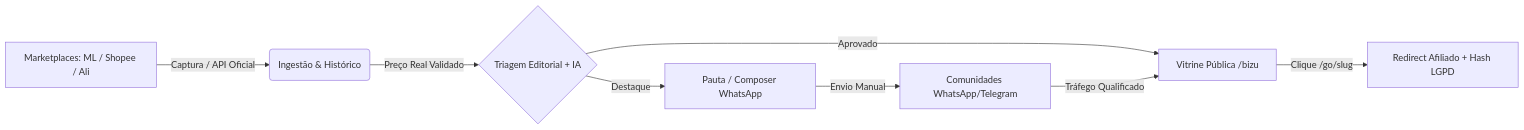
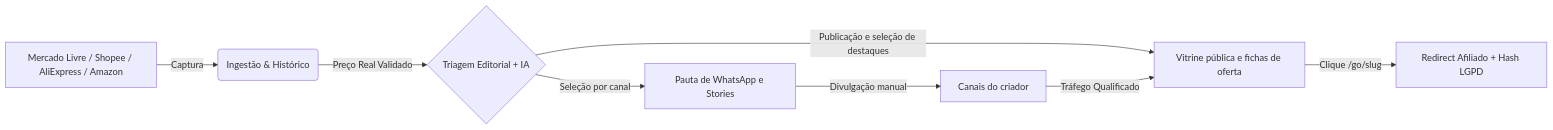
Before and after one commit to ManyRagDev/bizuminer: the diagram in .conductor/product.md, drawn with Mermaid. The commit also changed other lines of this file and 65 other files, not shown here.

````diff
--- a/.conductor/product.md
+++ b/.conductor/product.md
@@ -46,10 +52,10 @@
 ```mermaid
 flowchart LR
-    A[Marketplaces: ML / Shopee / Ali] -->|Captura / API Oficial| B(Ingestão & Histórico)
+    A[Mercado Livre / Shopee / AliExpress / Amazon] -->|Captura| B(Ingestão & Histórico)
     B -->|Preço Real Validado| C{Triagem Editorial + IA}
-    C -->|Aprovado| D[Vitrine Pública /bizu]
-    C -->|Destaque| E[Pauta / Composer WhatsApp]
+    C -->|Publicação e seleção de destaques| D[Vitrine pública e fichas de oferta]
+    C -->|Seleção por canal| E[Pauta de WhatsApp e Stories]
     D -->|Clique /go/slug| F[Redirect Afiliado + Hash LGPD]
-    E -->|Envio Manual| G[Comunidades WhatsApp/Telegram]
+    E -->|Divulgação manual| G[Canais do criador]
     G -->|Tráfego Qualificado| D
 ```
````
